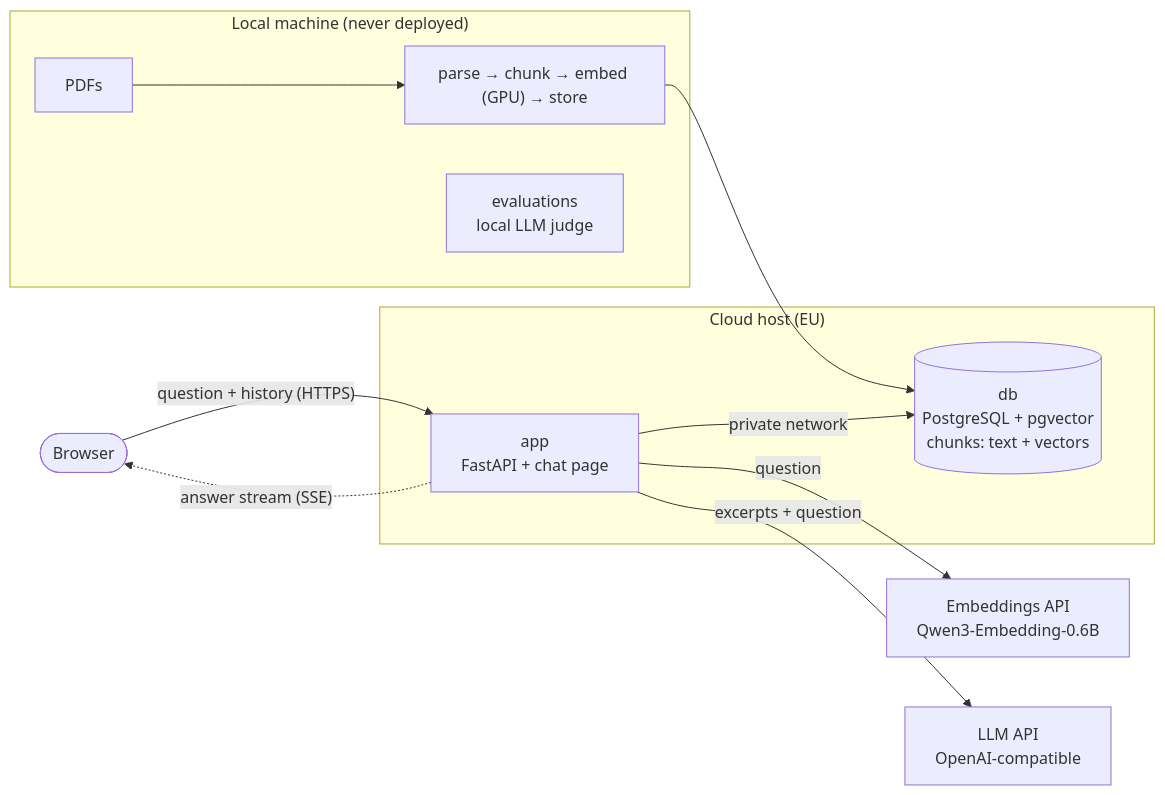
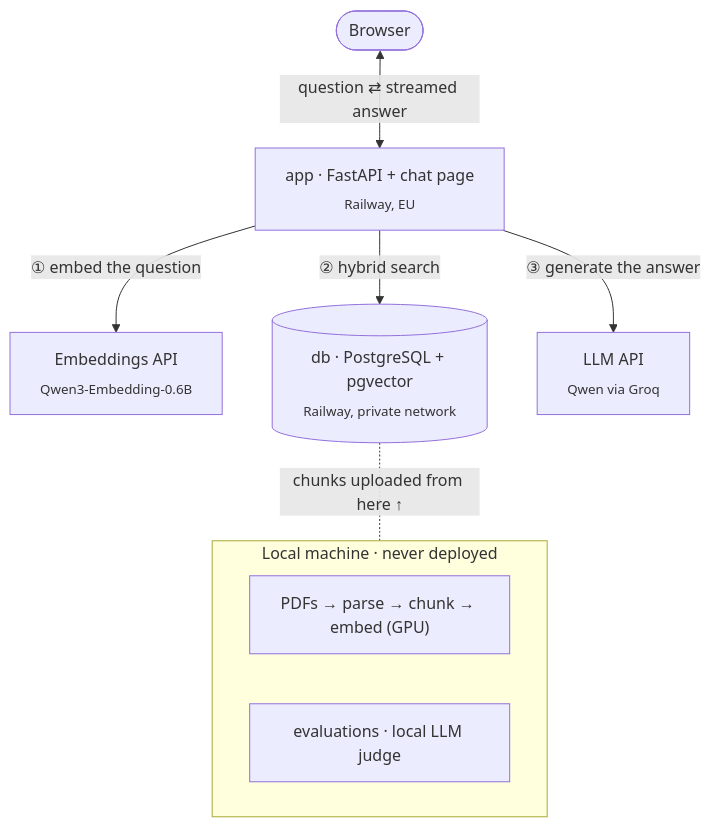
The diagram in README.md (jmanresarigo/TFM-ChatBot), drawn with Mermaid before and after one commit.

Commit message:
Redraw the architecture diagram without overlapping labels. (#31)

````diff
--- a/README.md
+++ b/README.md
@@ -65,18 +65,20 @@
 ```mermaid
-flowchart LR
-    U([Browser]) -- "question + history (HTTPS)" --> A
+flowchart TB
+    U(["Browser"])
+    A["app · FastAPI + chat page<br/><sub>Railway, EU</sub>"]
+    E["Embeddings API<br/><sub>Qwen3-Embedding-0.6B</sub>"]
+    D[("db · PostgreSQL + pgvector<br/><sub>Railway, private network</sub>")]
+    L["LLM API<br/><sub>Qwen via Groq</sub>"]
 
-    subgraph Cloud["Cloud host (EU)"]
-        A["app<br/>FastAPI + chat page"] -- "private network" --> D[("db<br/>PostgreSQL + pgvector<br/>chunks: text + vectors")]
+    U <-->|"question ⇄ streamed answer"| A
+    A -->|"① embed the question"| E
+    A -->|"② hybrid search"| D
+    A -->|"③ generate the answer"| L
+
+    subgraph PC["Local machine · never deployed"]
+        direction LR
+        I["PDFs → parse → chunk → embed (GPU)"]
+        EV["evaluations · local LLM judge"]
     end
-
-    A -- "question" --> E["Embeddings API<br/>Qwen3-Embedding-0.6B"]
-    A -- "excerpts + question" --> L["LLM API<br/>OpenAI-compatible"]
-    A -. "answer stream (SSE)" .-> U
-
-    subgraph PC["Local machine (never deployed)"]
-        P[PDFs] --> I["parse → chunk → embed (GPU) → store"]
-        EV["evaluations<br/>local LLM judge"]
-    end
-    I --> D
+    D -.-|"chunks uploaded from here ↑"| I
 ```
````
